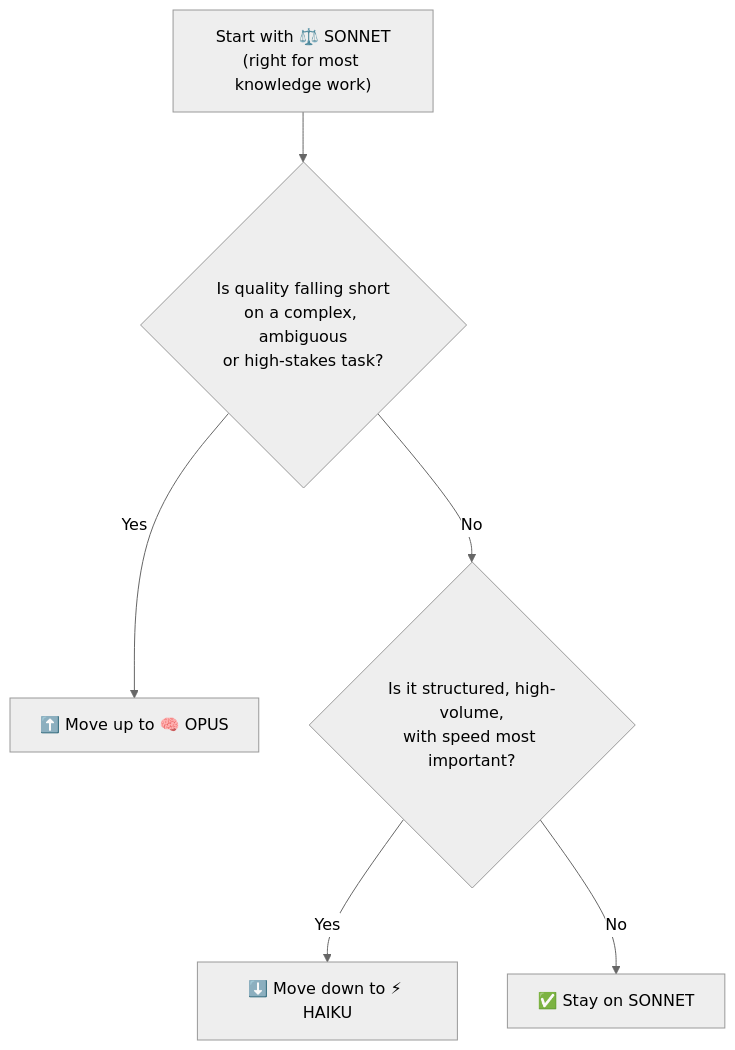
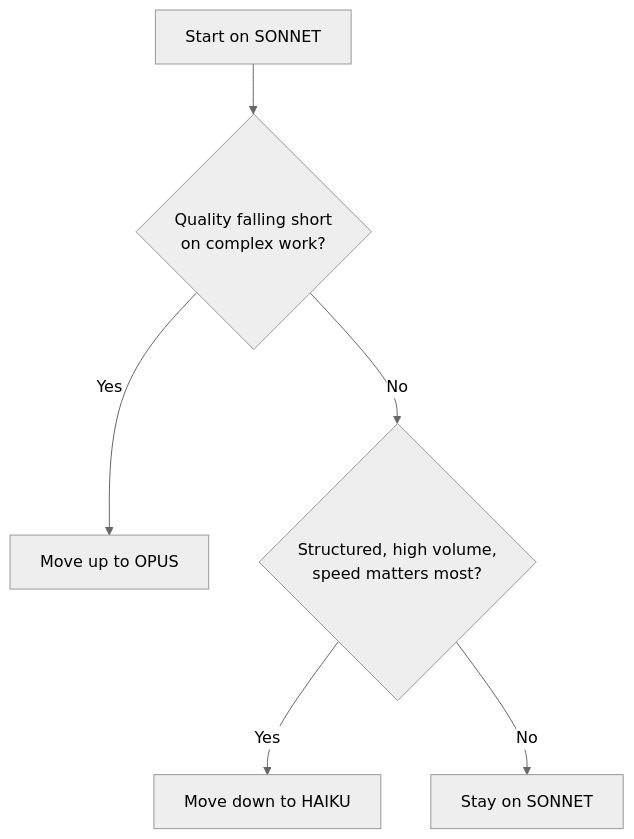
Before and after one commit to saurabhSMS1987/Public_Learning-DE-DS-ML-AI: the sixth of 7 diagrams in 008 CCAO- F Certification Prep/Module-1-Platform-and-Model-Foundations.md, drawn with Mermaid (neutral theme). The commit also changed other lines of this file and 1 other file, not shown here.

````diff
--- a/008 CCAO- F Certification Prep/Module-1-Platform-and-Model-Foundations.md
+++ b/008 CCAO- F Certification Prep/Module-1-Platform-and-Model-Foundations.md
@@ -328,8 +137,8 @@
 ```mermaid
 flowchart TD
-    S["Start with ⚖️ SONNET<br/>(right for most knowledge work)"] --> Q1{"Is quality falling short<br/>on a complex, ambiguous<br/>or high-stakes task?"}
-    Q1 -->|Yes| O["⬆️ Move up to 🧠 OPUS"]
-    Q1 -->|No| Q2{"Is it structured, high-volume,<br/>with speed most important?"}
-    Q2 -->|Yes| H["⬇️ Move down to ⚡ HAIKU"]
-    Q2 -->|No| K["✅ Stay on SONNET"]
+    S["Start on SONNET"] --> Q1{"Quality falling short<br/>on complex work?"}
+    Q1 -->|Yes| O["Move up to OPUS"]
+    Q1 -->|No| Q2{"Structured, high volume,<br/>speed matters most?"}
+    Q2 -->|Yes| H["Move down to HAIKU"]
+    Q2 -->|No| K["Stay on SONNET"]
 ```
````
